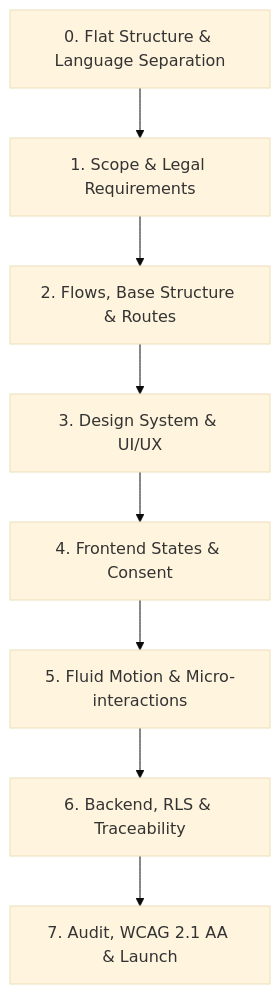
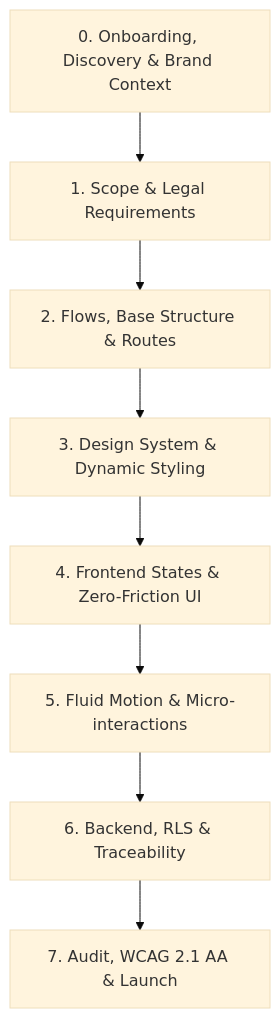
Before and after one commit to santiagoes2009-pixel/agentic-web-framework: the diagram in AGENTS.md, drawn with Mermaid (base theme). The commit also changed other lines of this file and 1 other file, not shown here.

Commit message:
feat: complete framework with interactive discovery protocol, anti-AI copy standards and open access rules

````diff
--- a/AGENTS.md
+++ b/AGENTS.md
@@ -33,10 +71,10 @@
 ```mermaid
 flowchart TD
-    A["0. Flat Structure & Language Separation"] --> B["1. Scope & Legal Requirements"]
+    A["0. Onboarding, Discovery & Brand Context"] --> B["1. Scope & Legal Requirements"]
     B --> C["2. Flows, Base Structure & Routes"]
-    C --> D["3. Design System & UI/UX"]
-    D --> E["4. Frontend States & Consent"]
+    C --> D["3. Design System & Dynamic Styling"]
+    D --> E["4. Frontend States & Zero-Friction UI"]
     E --> F["5. Fluid Motion & Micro-interactions"]
     F --> G["6. Backend, RLS & Traceability"]
     G --> H["7. Audit, WCAG 2.1 AA & Launch"]
 ```
````
